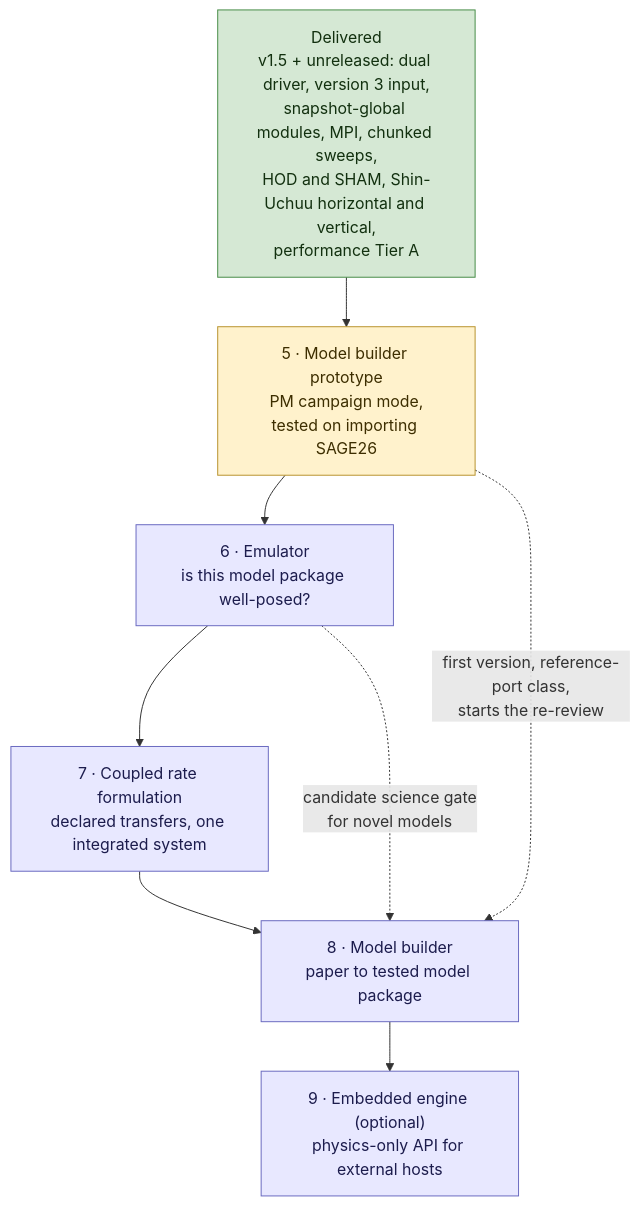
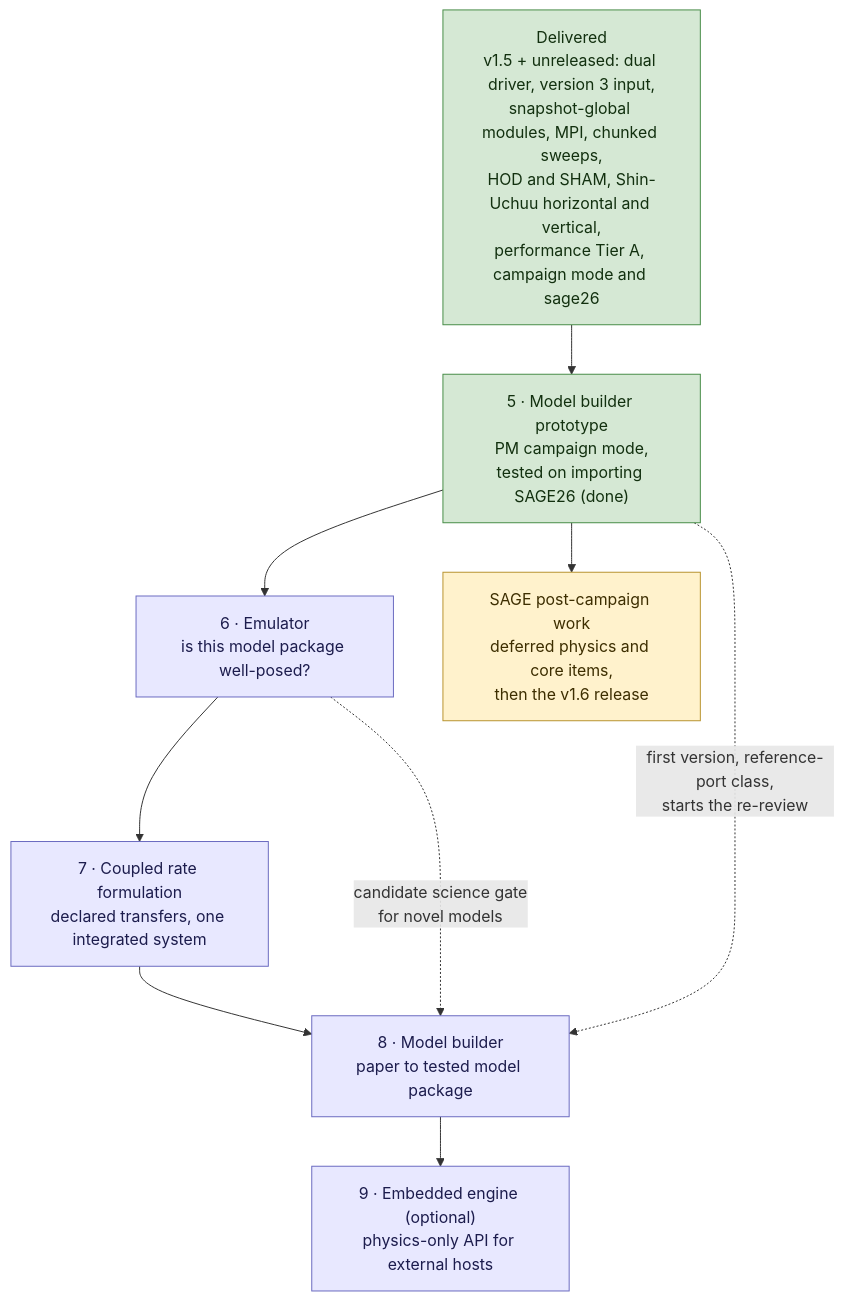
One commit to darrencroton/mimic changed the diagram in docs/dev/MIMIC-DEVELOPMENT-PATHWAY.md. Above: the diagram before and after it, drawn with Mermaid. The commit also changed other lines of this file and 4 other files, not shown here.

First line of the commit message:
docs/dev: step 5 done, the SAGE post-campaign work document, the sage26 prescription classification

````diff
--- a/docs/dev/MIMIC-DEVELOPMENT-PATHWAY.md
+++ b/docs/dev/MIMIC-DEVELOPMENT-PATHWAY.md
@@ -22,20 +22,22 @@
 ```mermaid
 flowchart TD
-    DONE["Delivered<br/>v1.5 + unreleased: dual driver, version 3 input,<br/>snapshot-global modules, MPI, chunked sweeps,<br/>HOD and SHAM, Shin-Uchuu horizontal and vertical,<br/>performance Tier A"]
-    S5["5 · Model builder prototype<br/>PM campaign mode,<br/>tested on importing SAGE26"]
+    DONE["Delivered<br/>v1.5 + unreleased: dual driver, version 3 input,<br/>snapshot-global modules, MPI, chunked sweeps,<br/>HOD and SHAM, Shin-Uchuu horizontal and vertical,<br/>performance Tier A, campaign mode and sage26"]
+    PCW["SAGE post-campaign work<br/>deferred physics and core items,<br/>then the v1.6 release"]
+    S5["5 · Model builder prototype<br/>PM campaign mode,<br/>tested on importing SAGE26 (done)"]
     S6["6 · Emulator<br/>is this model package well-posed?"]
     S7["7 · Coupled rate formulation<br/>declared transfers, one integrated system"]
     S8["8 · Model builder<br/>paper to tested model package"]
     S9["9 · Embedded engine (optional)<br/>physics-only API for external hosts"]
 
     DONE --> S5 --> S6 --> S7 --> S8 --> S9
+    S5 --> PCW
     S5 -.->|first version, reference-port class,<br/>starts the re-review| S8
     S6 -.->|candidate science gate<br/>for novel models| S8
 
     classDef done fill:#d5e8d4,stroke:#478c47,color:#12300f
     classDef next fill:#fff2cc,stroke:#b8932e,color:#3d2e00
     classDef step fill:#e8e8ff,stroke:#6a6ac0,color:#1c1c4d
-    class DONE done
-    class S5 next
+    class DONE,S5 done
+    class PCW next
     class S6,S7,S8,S9 step
 ```
````
